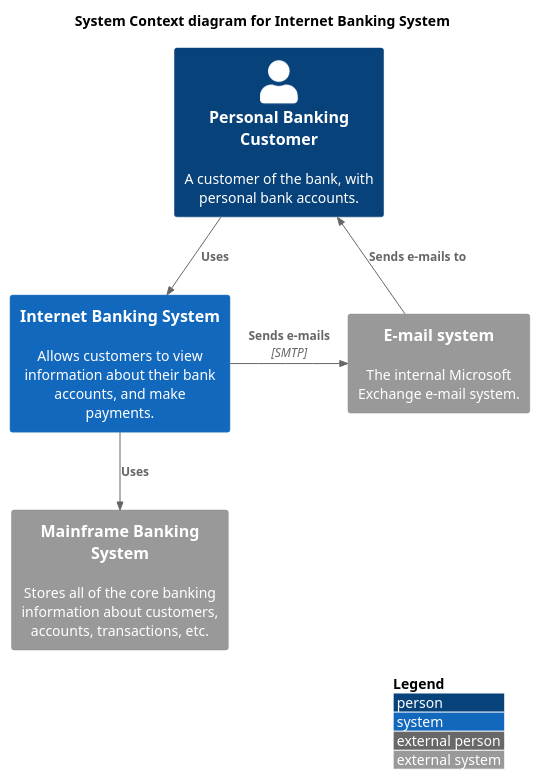
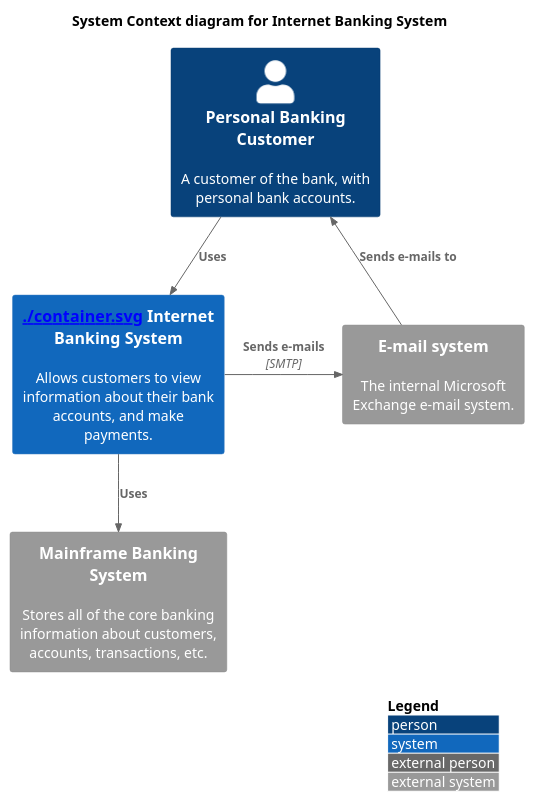
The diagram in .diagrams/context.puml (christopher-bimson/ArchitectureDocumentationDemo), drawn with PlantUML before and after one commit.

Commit message:
See if relative linking works now the repository is public.

```diff
--- a/.diagrams/context.puml
+++ b/.diagrams/context.puml
@@ -3,21 +3,21 @@
 @startuml
     !include https://raw.githubusercontent.com/plantuml-stdlib/C4-PlantUML/master/C4_Context.puml
 
     ' uncomment the following line and comment the first to use locally
     ' !include C4_Context.puml
 
     LAYOUT_WITH_LEGEND()
 
     title System Context diagram for Internet Banking System
 
     Person(customer, "Personal Banking Customer", "A customer of the bank, with personal bank accounts.")
-    System(banking_system, "Internet Banking System", "Allows customers to view information about their bank accounts, and make payments.")
+    System(banking_system, "[[./container.svg]] Internet Banking System", "Allows customers to view information about their bank accounts, and make payments.")
 
     System_Ext(mail_system, "E-mail system", "The internal Microsoft Exchange e-mail system.")
     System_Ext(mainframe, "Mainframe Banking System", "Stores all of the core banking information about customers, accounts, transactions, etc.")
 
     Rel(customer, banking_system, "Uses")
     Rel_Back(customer, mail_system, "Sends e-mails to")
     Rel_Neighbor(banking_system, mail_system, "Sends e-mails", "SMTP")
     Rel(banking_system, mainframe, "Uses")
 @enduml
```
